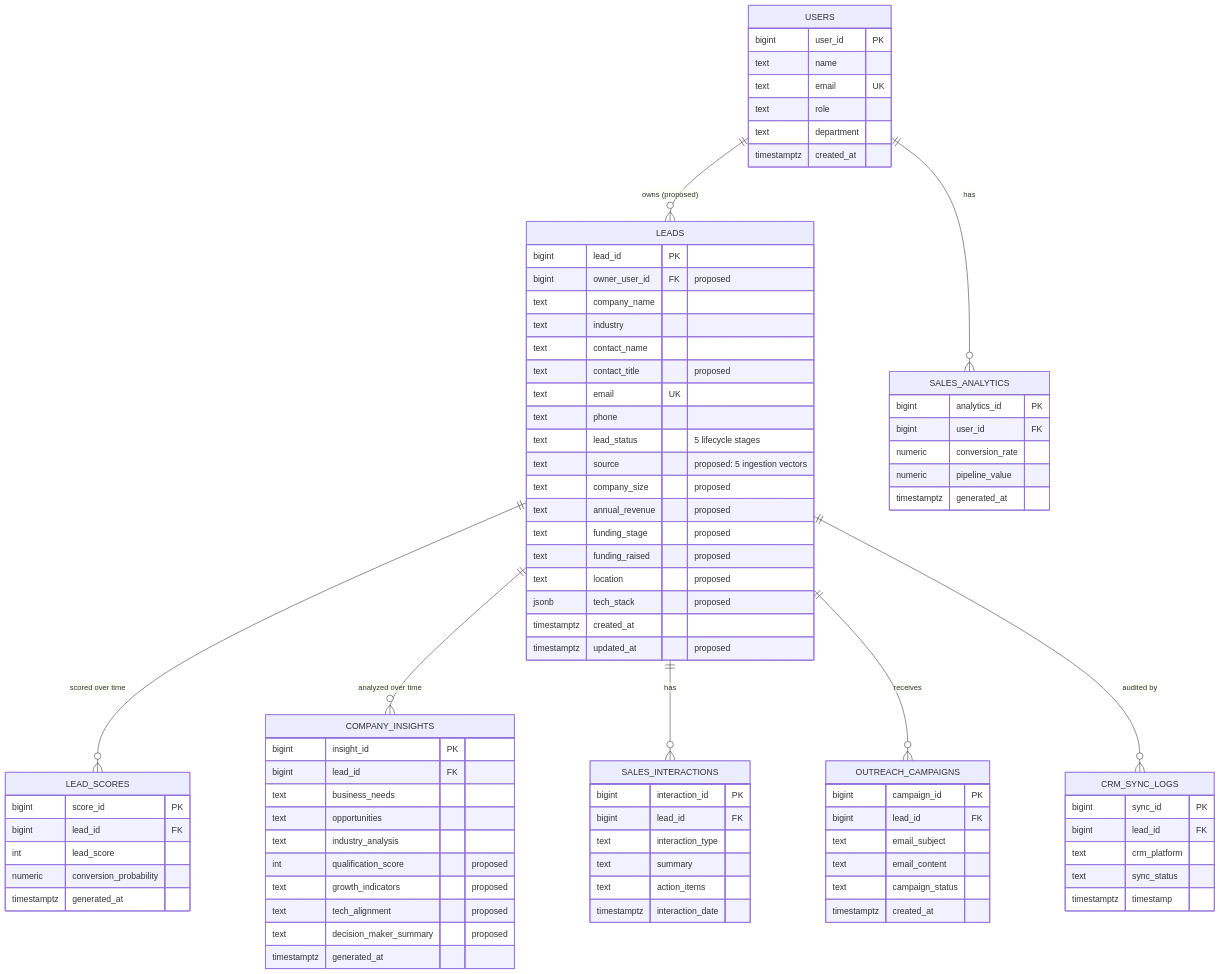
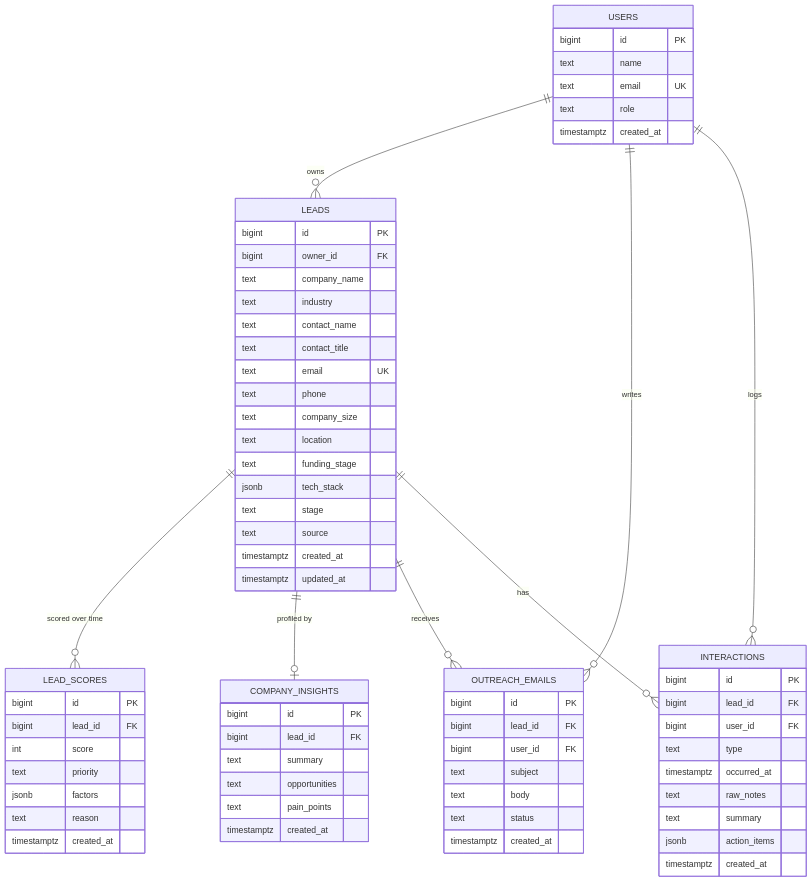
The diagram in docs/design/database/er-diagram.md (CodeMaster11000/AI-Powered_Intelligent_Sales_Forecasting_Platform_using_Predictive_Analytics-TEAM-B), drawn with Mermaid before and after one commit. The commit also changed other lines of this file and 6 other files, not shown here.

Commit message:
updated the postgres schema

````diff
--- a/docs/design/database/er-diagram.md
+++ b/docs/design/database/er-diagram.md
@@ -9,88 +8,73 @@
 ```mermaid
 erDiagram
-    USERS ||--o{ LEADS : "owns (proposed)"
-    USERS ||--o{ SALES_ANALYTICS : "has"
+    USERS ||--o{ LEADS : owns
+    USERS ||--o{ OUTREACH_EMAILS : writes
+    USERS ||--o{ INTERACTIONS : logs
     LEADS ||--o{ LEAD_SCORES : "scored over time"
-    LEADS ||--o{ COMPANY_INSIGHTS : "analyzed over time"
-    LEADS ||--o{ SALES_INTERACTIONS : "has"
-    LEADS ||--o{ OUTREACH_CAMPAIGNS : "receives"
-    LEADS ||--o{ CRM_SYNC_LOGS : "audited by"
+    LEADS ||--o| COMPANY_INSIGHTS : "profiled by"
+    LEADS ||--o{ OUTREACH_EMAILS : receives
+    LEADS ||--o{ INTERACTIONS : has
 
     USERS {
-        bigint user_id PK
+        bigint id PK
         text name
         text email UK
         text role
-        text department
         timestamptz created_at
     }
     LEADS {
-        bigint lead_id PK
-        bigint owner_user_id FK "proposed"
+        bigint id PK
+        bigint owner_id FK
         text company_name
         text industry
         text contact_name
-        text contact_title "proposed"
+        text contact_title
         text email UK
         text phone
-        text lead_status "5 lifecycle stages"
-        text source "proposed: 5 ingestion vectors"
-        text company_size "proposed"
-        text annual_revenue "proposed"
-        text funding_stage "proposed"
-        text funding_raised "proposed"
-        text location "proposed"
-        jsonb tech_stack "proposed"
+        text company_size
+        text location
+        text funding_stage
+        jsonb tech_stack
+        text stage
+        text source
         timestamptz created_at
-        timestamptz updated_at "proposed"
+        timestamptz updated_at
+    }
+    LEAD_SCORES {
+        bigint id PK
+        bigint lead_id FK
+        int score
+        text priority
+        jsonb factors
+        text reason
+        timestamptz created_at
     }
     COMPANY_INSIGHTS {
-        bigint insight_id PK
+        bigint id PK
         bigint lead_id FK
-        text business_needs
+        text summary
         text opportunities
-        text industry_analysis
-        int qualification_score "proposed"
-        text growth_indicators "proposed"
-        text tech_alignment "proposed"
-        text decision_maker_summary "proposed"
-        timestamptz generated_at
-    }
-    LEAD_SCORES {
-        bigint score_id PK
-        bigint lead_id FK
-        int lead_score
-        numeric conversion_probability
-        timestamptz generated_at
-    }
-    SALES_INTERACTIONS {
-        bigint interaction_id PK
-        bigint lead_id FK
-        text interaction_type
-        text summary
-        text action_items
-        timestamptz interaction_date
-    }
-    OUTREACH_CAMPAIGNS {
-        bigint campaign_id PK
-        bigint lead_id FK
-        text email_subject
-        text email_content
-        text campaign_status
+        text pain_points
         timestamptz created_at
     }
-    CRM_SYNC_LOGS {
-        bigint sync_id PK
+    OUTREACH_EMAILS {
+        bigint id PK
         bigint lead_id FK
-        text crm_platform
-        text sync_status
-        timestamptz timestamp
+        bigint user_id FK
+        text subject
+        text body
+        text status
+        timestamptz created_at
     }
-    SALES_ANALYTICS {
-        bigint analytics_id PK
+    INTERACTIONS {
+        bigint id PK
+        bigint lead_id FK
         bigint user_id FK
-        numeric conversion_rate
-        numeric pipeline_value
-        timestamptz generated_at
+        text type
+        timestamptz occurred_at
+        text raw_notes
+        text summary
+        jsonb action_items
+        timestamptz created_at
     }
 ```
````
